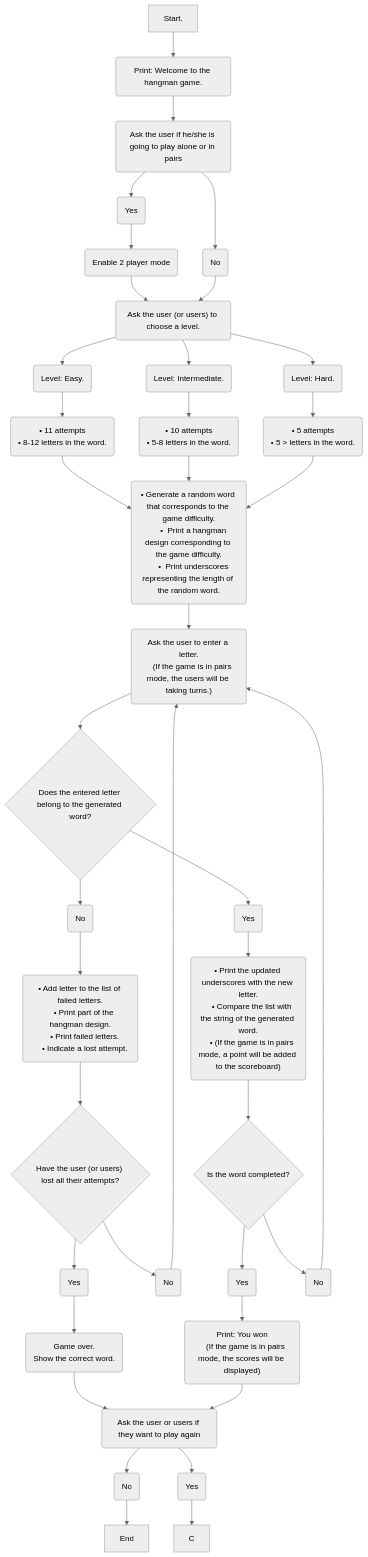
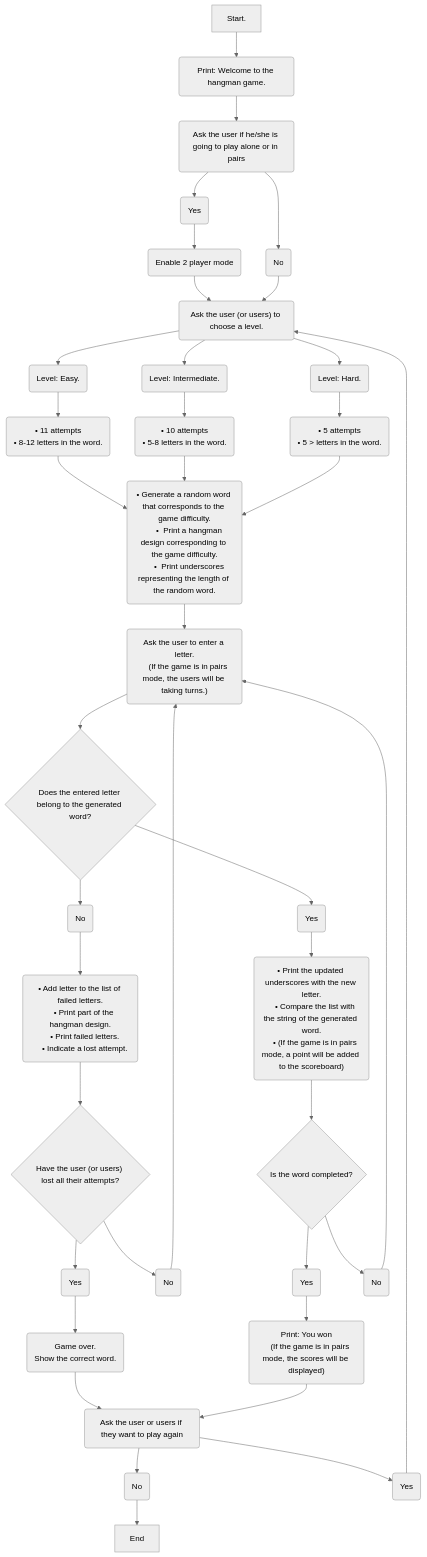
One commit to JanaRubiano/Hangman_Game changed the diagram in README.md. Above: the diagram before and after it, drawn with Mermaid (neutral theme).

````diff
--- a/README.md
+++ b/README.md
@@ -40,51 +40,51 @@
 ```mermaid
 flowchart TD
     A[Start.] -->B(Print: Welcome to the hangman game.) 
     -->y(Ask the user if he/she is going to play alone or in pairs)
     y -->e(Yes) --> ex(Enable 2 player mode) --> E
     y --> r(No)
     
     --> E("Ask the user (or users) to choose a level.
     ")
     E --> F(Level: Easy.) --> I(" • 11 attempts
     • 8-12 letters in the word.
     ") -->L
     E --> G(Level: Intermediate.) --> J(" •  10 attempts
     • 5-8 letters in the word.
     ") -->L
     E --> H(Level: Hard.) --> K(" •  5 attempts
     •  5 > letters in the word.
     ") 
     --> L(" • Generate a random word that corresponds to the game difficulty.
      •  Print a hangman design corresponding to the game difficulty.
      •  Print underscores representing the length of the random word.
     ") 
     --> W("Ask the user to enter a letter.
     (If the game is in pairs mode, the users will be taking turns.)
     ")
     --> R{Does the entered letter belong to the generated word?}
     R -->n(No) --> q("• Add letter to the list of failed letters.
     • Print part of the hangman design.
     • Print failed letters.
     • Indicate a lost attempt.
     ") -->u{"Have the user (or users) lost all their attempts?
     "}
     u -->o(Yes) -->S("Game over. 
     Show the correct word. 
     ") --> P
     u--> t(No) --> W
     
     R -->Y(Yes) --> T("
     • Print the updated underscores with the new letter.
     • Compare the list with the string of the generated word.
     • (If the game is in pairs mode, a point will be added to the scoreboard)
     ") -->U{Is the word completed?} 
     U -->O(Yes) --> k("Print: You won
     (If the game is in pairs mode, the scores will be displayed)
     ")
     --> P(Ask the user or users if they want to play again)
     P --> b(No) --> w[End]
-    P--> a(Yes) -->C
+    P--> a(Yes) -->E
     U --> i(No) -->W
    
 ```
````
